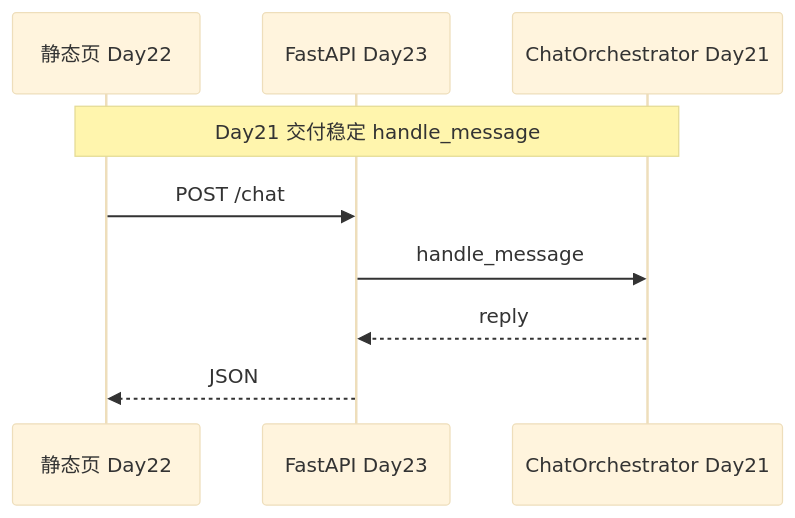
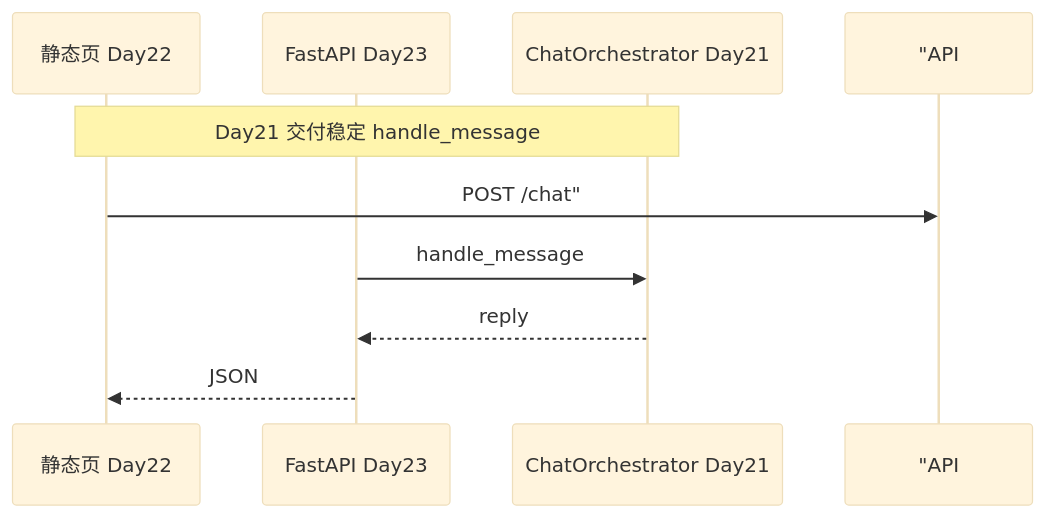
The seventh of 12 diagrams in course/day21/04_流程图与示意图.md (ab6539763/70_days_course_plus), drawn with Mermaid (base theme) before and after one commit. The commit also changed other lines of this file and 134 other files, not shown here.

````diff
--- a/course/day21/04_流程图与示意图.md
+++ b/course/day21/04_流程图与示意图.md
@@ -114,12 +114,12 @@
 ```mermaid
 sequenceDiagram
     participant Browser as 静态页 Day22
     participant API as FastAPI Day23
     participant Orch as ChatOrchestrator Day21
 
   Note over Browser,Orch: Day21 交付稳定 handle_message
-    Browser->>API: POST /chat
+    Browser->> "API: POST /chat"
     API->>Orch: handle_message
     Orch-->>API: reply
     API-->>Browser: JSON
 ```
````
